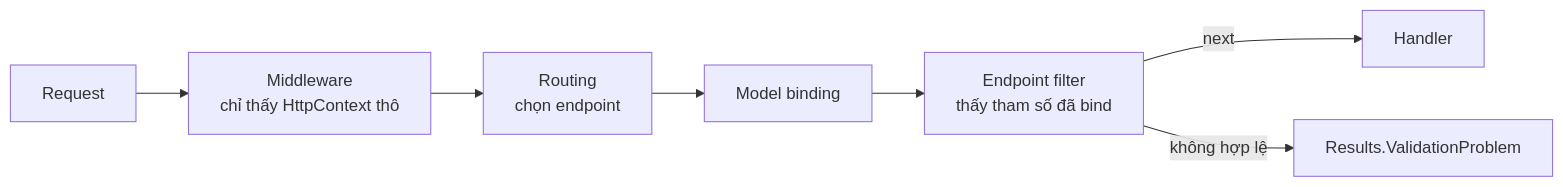
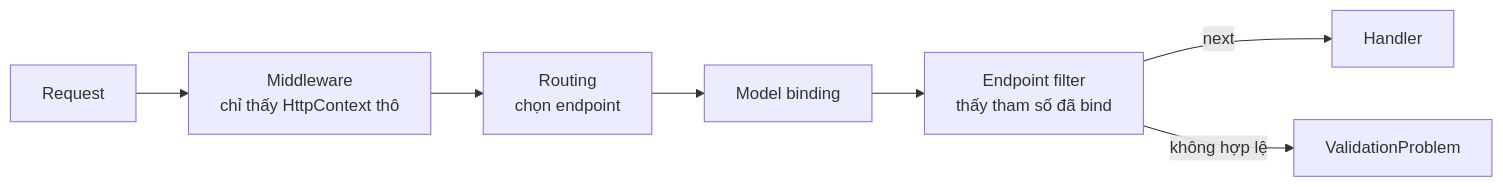
Before and after one commit to TienNHM/dotnet-course: the diagram in lessons/stage-03-aspnet-core-backend/module-08-aspnet-core-fundamentals/8.11-advanced-notes.md, drawn with Mermaid. The commit also changed other lines of this file and 14 other files, not shown here.

````diff
--- a/lessons/stage-03-aspnet-core-backend/module-08-aspnet-core-fundamentals/8.11-advanced-notes.md
+++ b/lessons/stage-03-aspnet-core-backend/module-08-aspnet-core-fundamentals/8.11-advanced-notes.md
@@ -101,9 +108,9 @@
 ```mermaid
 flowchart LR
     R["Request"] --> M["Middleware<br/>chỉ thấy HttpContext thô"]
     M --> RT["Routing<br/>chọn endpoint"]
     RT --> B["Model binding"]
     B --> F["Endpoint filter<br/>thấy tham số đã bind"]
     F -->|"next"| H["Handler"]
-    F -->|"không hợp lệ"| VP["Results.ValidationProblem"]
+    F -->|"không hợp lệ"| VP["ValidationProblem"]
 ```
````
